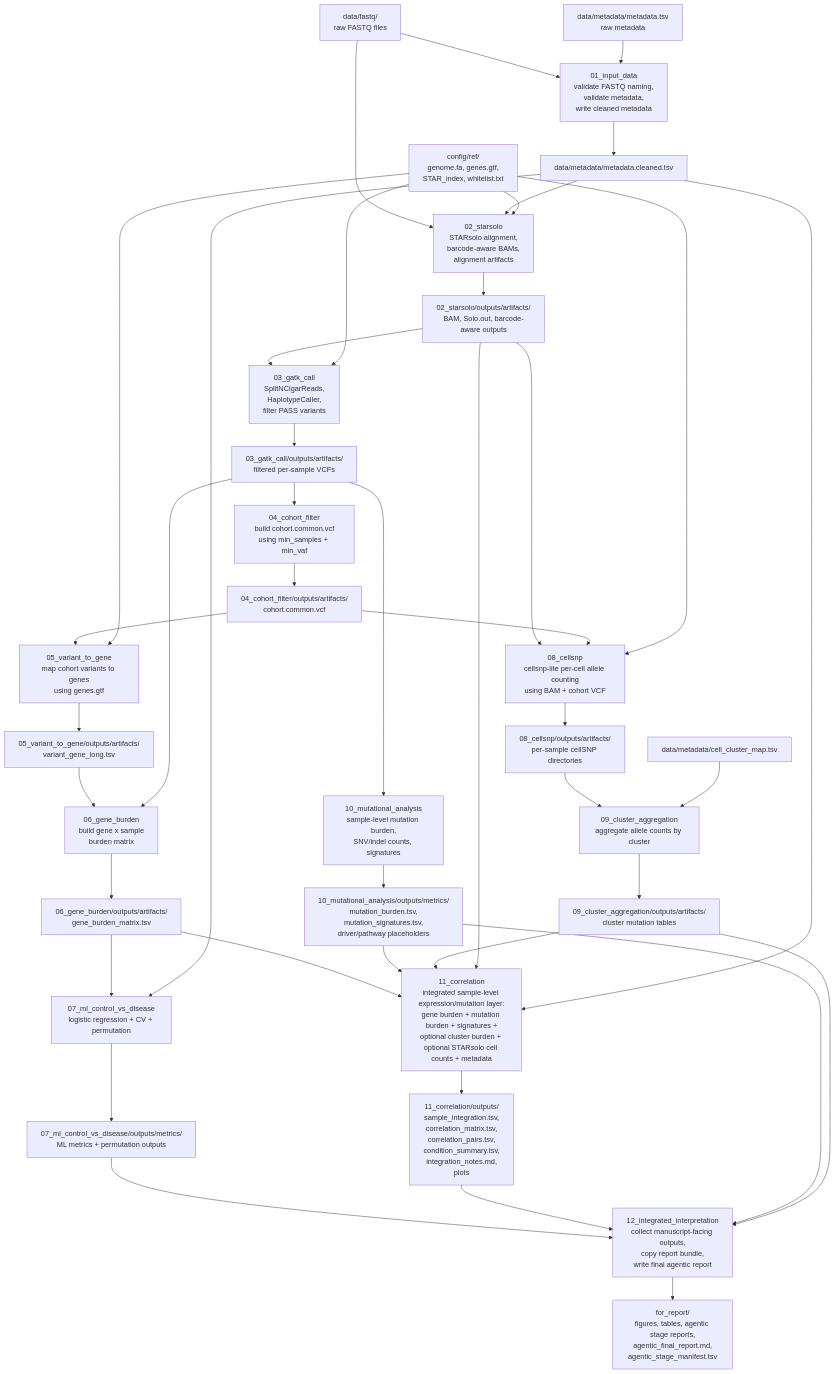
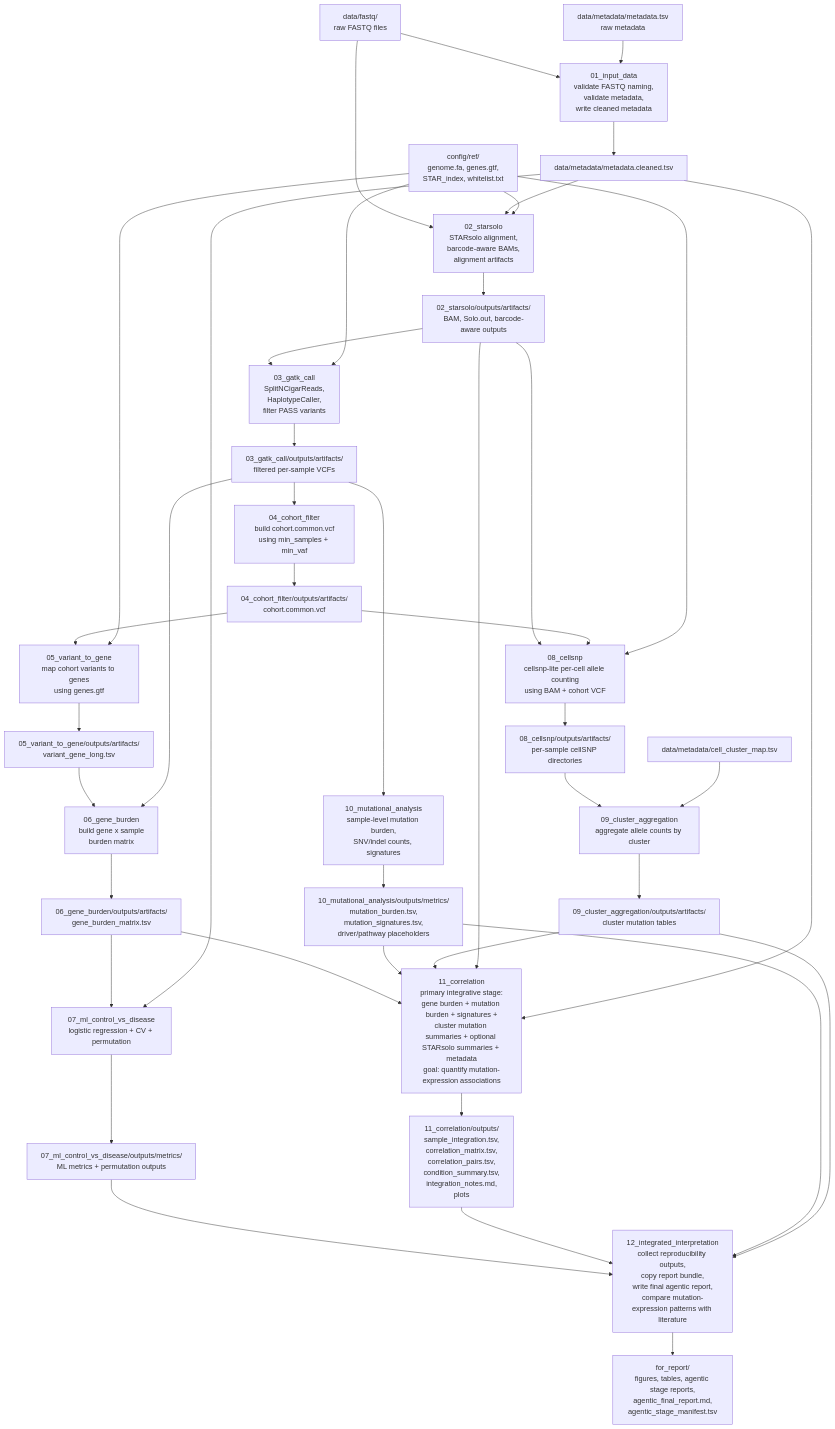
One commit to dauletulyaidyn/somatic-like-scrna-variants-ml-pipeline changed the second of 3 diagrams in docs/AGENTIC_WORKFLOW_REVIEW.md. Above: the diagram before and after it, drawn with Mermaid. The commit also changed other lines of this file and 19 other files, not shown here.

```diff
--- a/docs/AGENTIC_WORKFLOW_REVIEW.md
+++ b/docs/AGENTIC_WORKFLOW_REVIEW.md
@@ -78,10 +78,10 @@
     S10["10_mutational_analysis<br/>sample-level mutation burden,<br/>SNV/indel counts, signatures"]
     O10["10_mutational_analysis/outputs/metrics/<br/>mutation_burden.tsv,<br/>mutation_signatures.tsv,<br/>driver/pathway placeholders"]
 
-    S11["11_correlation<br/>integrated sample-level expression/mutation layer:<br/>gene burden + mutation burden + signatures +<br/>optional cluster burden + optional STARsolo cell counts + metadata"]
+    S11["11_correlation<br/>primary integrative stage:<br/>gene burden + mutation burden + signatures +<br/>cluster mutation summaries + optional STARsolo summaries + metadata<br/>goal: quantify mutation-expression associations"]
     O11["11_correlation/outputs/<br/>sample_integration.tsv,<br/>correlation_matrix.tsv,<br/>correlation_pairs.tsv,<br/>condition_summary.tsv,<br/>integration_notes.md,<br/>plots"]
 
-    S12["12_integrated_interpretation<br/>collect manuscript-facing outputs,<br/>copy report bundle,<br/>write final agentic report"]
+    S12["12_integrated_interpretation<br/>collect reproducibility outputs,<br/>copy report bundle,<br/>write final agentic report,<br/>compare mutation-expression patterns with literature"]
     O12["for_report/<br/>figures, tables, agentic stage reports,<br/>agentic_final_report.md,<br/>agentic_stage_manifest.tsv"]
 
     FASTQ --> S01
```
